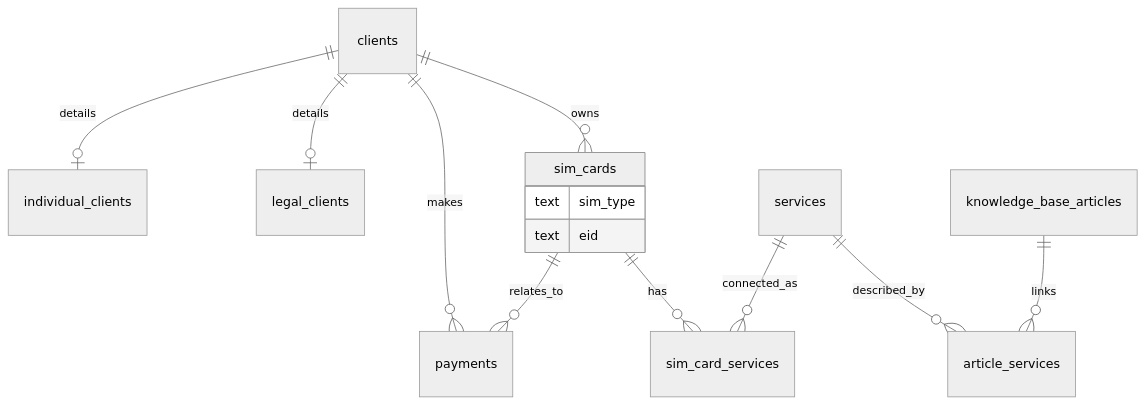
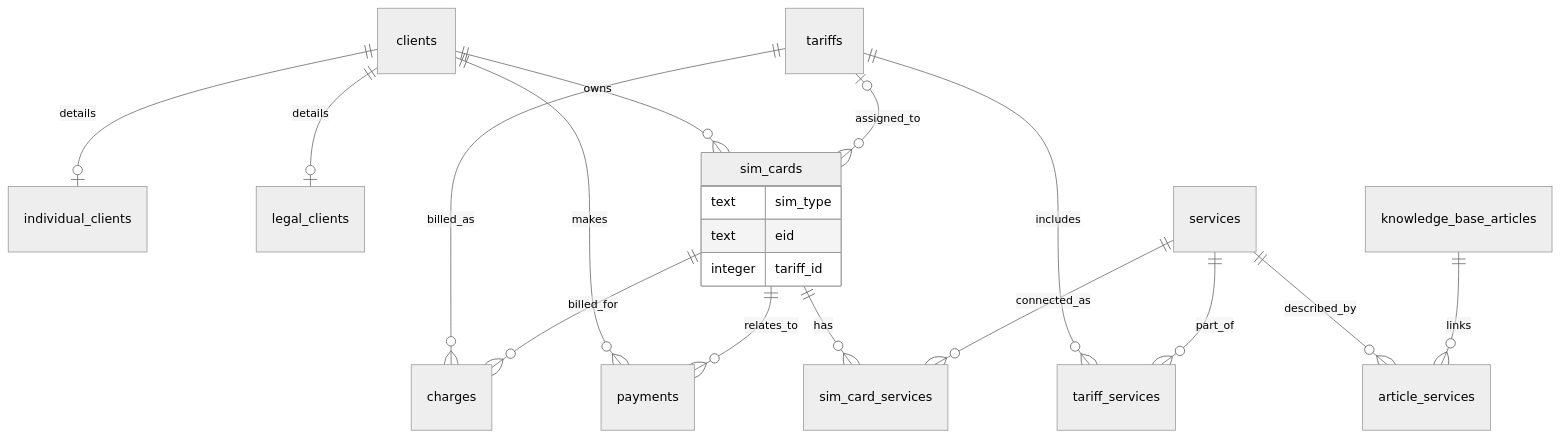
Before and after one commit to Ceebot/deepcoding-guides: the diagram in project/docs/architecture.md, drawn with Mermaid (neutral theme). The commit also changed other lines of this file and 26 other files, not shown here.

````diff
--- a/project/docs/architecture.md
+++ b/project/docs/architecture.md
@@ -19,17 +23,23 @@
 ```mermaid
 erDiagram
     clients ||--o| individual_clients : details
     clients ||--o| legal_clients : details
     clients ||--o{ sim_cards : owns
     clients ||--o{ payments : makes
+    tariffs o|--o{ sim_cards : assigned_to
+    tariffs ||--o{ tariff_services : includes
+    services ||--o{ tariff_services : part_of
+    tariffs ||--o{ charges : billed_as
+    sim_cards ||--o{ charges : billed_for
     sim_cards ||--o{ payments : relates_to
     sim_cards ||--o{ sim_card_services : has
     services ||--o{ sim_card_services : connected_as
     services ||--o{ article_services : described_by
     knowledge_base_articles ||--o{ article_services : links
 
     sim_cards {
         text sim_type
         text eid
+        integer tariff_id
     }
 ```
````
